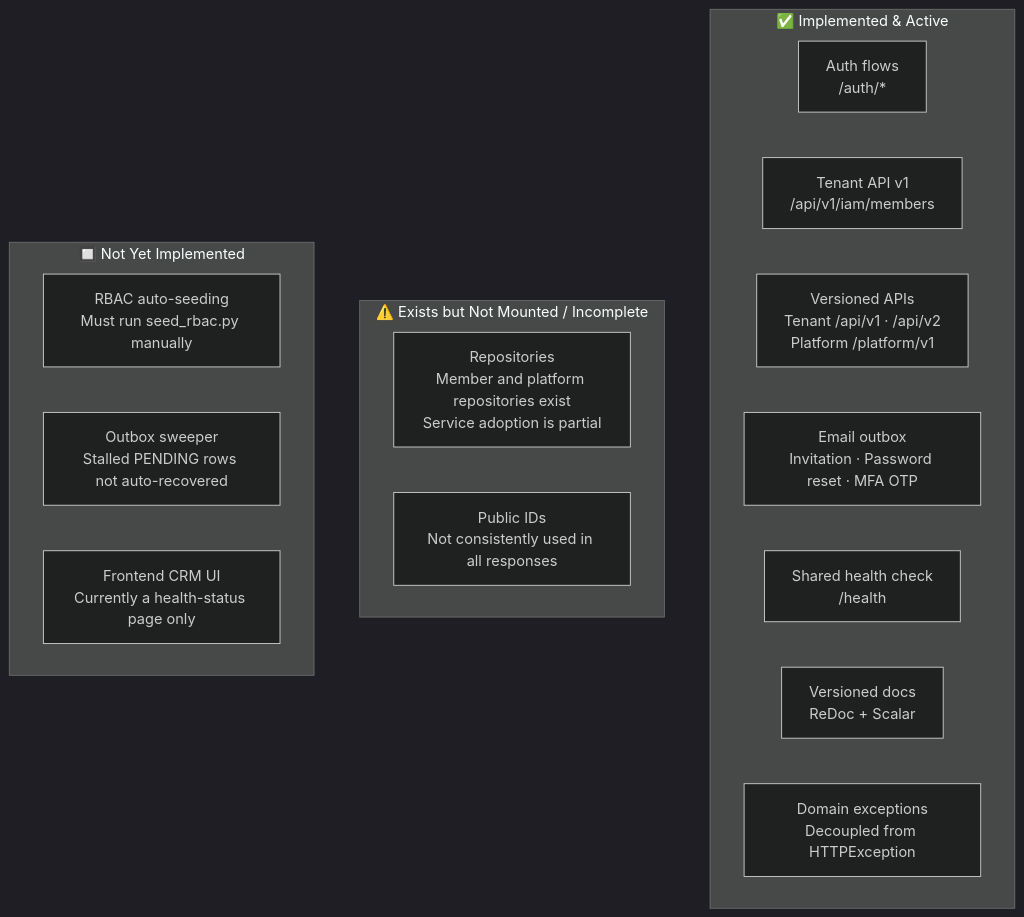
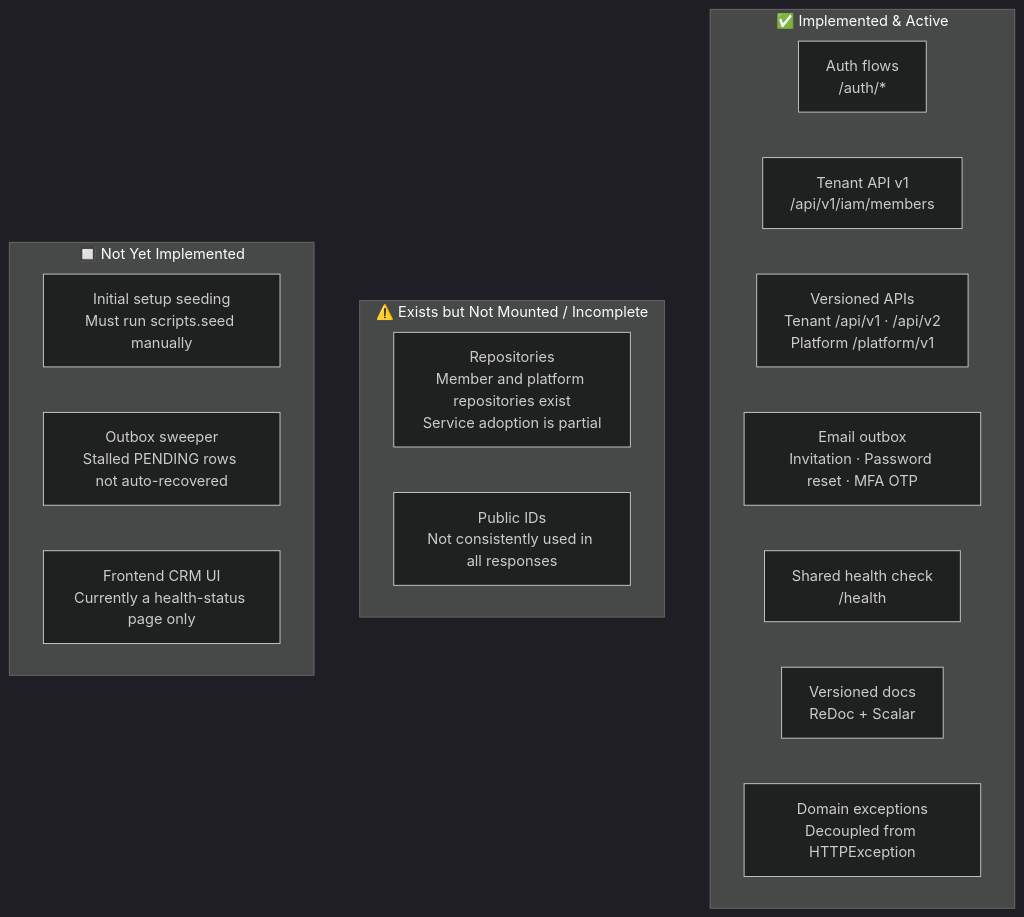
The second of 2 diagrams in docs/README.md (mhdriyascp/fastapi-multitenant-crm-core), drawn with Mermaid (dark theme) before and after one commit. The commit also changed other lines of this file and 39 other files, not shown here.

Commit message:
Add master data APIs and seed setup

````diff
--- a/docs/README.md
+++ b/docs/README.md
@@ -93,23 +95,23 @@
 ```mermaid
 flowchart TD
     subgraph LIVE["✅ Implemented & Active"]
         A1["Auth flows\n/auth/*"]
         A2["Tenant API v1\n/api/v1/iam/members"]
         A3["Versioned APIs\nTenant /api/v1 · /api/v2\nPlatform /platform/v1"]
         A4["Email outbox\nInvitation · Password reset · MFA OTP"]
         A5["Shared health check\n/health"]
         A6["Versioned docs\nReDoc + Scalar"]
         A7["Domain exceptions\nDecoupled from HTTPException"]
     end
 
     subgraph PARTIAL["⚠️ Exists but Not Mounted / Incomplete"]
         B2["Repositories\nMember and platform repositories exist\nService adoption is partial"]
         B3["Public IDs\nNot consistently used in all responses"]
     end
 
     subgraph TODO["🔲 Not Yet Implemented"]
-        C1["RBAC auto-seeding\nMust run seed_rbac.py manually"]
+        C1["Initial setup seeding\nMust run scripts.seed manually"]
         C2["Outbox sweeper\nStalled PENDING rows not auto-recovered"]
         C3["Frontend CRM UI\nCurrently a health-status page only"]
     end
 ```
````
